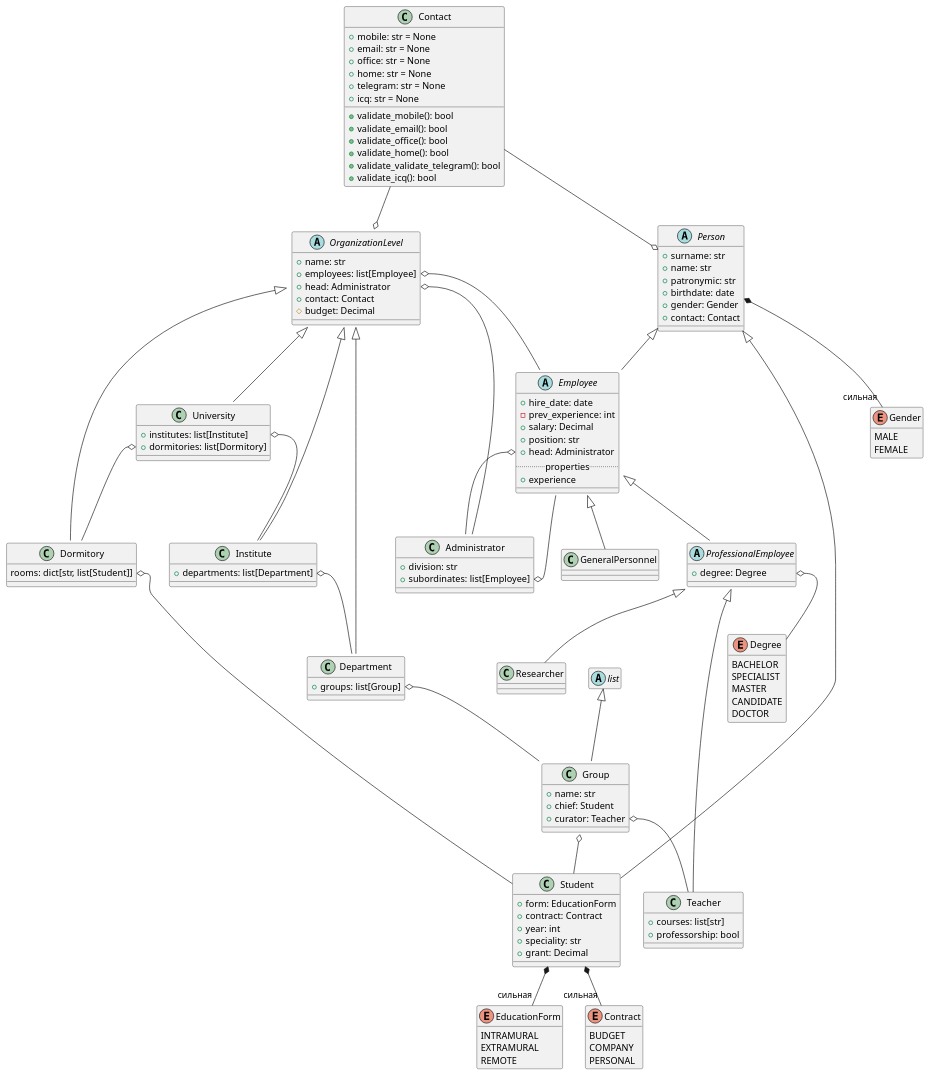
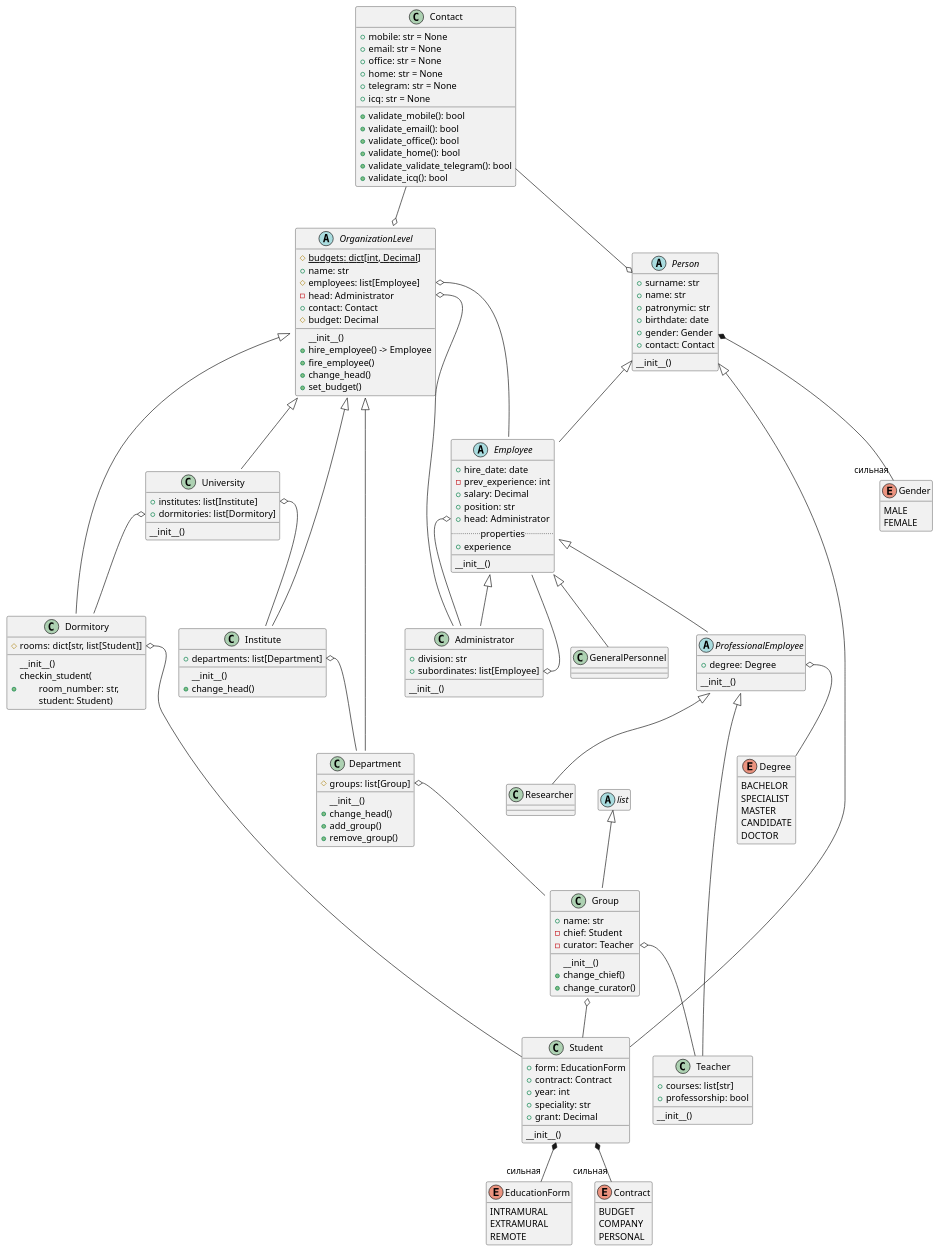
One commit to TOP-Python224/_scripts changed the diagram in oop/university.puml. Above: the diagram before and after it, drawn with PlantUML. The commit also changed 1 other file, not shown here.

```diff
--- a/oop/university.puml
+++ b/oop/university.puml
@@ -1,167 +1,192 @@
 @startuml
 
 hide enum empty members
 
 enum Gender {
     MALE
     FEMALE
 }
 enum EducationForm {
     INTRAMURAL
     EXTRAMURAL
     REMOTE
 }
 enum Contract {
     BUDGET
     COMPANY
     PERSONAL
 }
 enum Degree {
     BACHELOR
     SPECIALIST
     MASTER
     CANDIDATE
     DOCTOR
 }
 
 
 class Contact {
     +mobile: str = None
     +email: str = None
     +office: str = None
     +home: str = None
     +telegram: str = None
     +icq: str = None
     +validate_mobile(): bool
     +validate_email(): bool
     +validate_office(): bool
     +validate_home(): bool
     +validate_validate_telegram(): bool
     +validate_icq(): bool
 }
 Contact --o Person
 Contact --o OrganizationLevel
 
 
 abstract class OrganizationLevel {
+    {static} #budgets: dict[int, Decimal]
     +name: str
-    +employees: list[Employee]
-    +head: Administrator
+    #employees: list[Employee]
+    -head: Administrator
     +contact: Contact
     #budget: Decimal
+    __init__()
+    +hire_employee() -> Employee
+    +fire_employee()
+    +change_head()
+    +set_budget()
 }
 OrganizationLevel <|-- University
 OrganizationLevel <|-- Institute
 OrganizationLevel <|-- Dormitory
 OrganizationLevel <|-- Department
 OrganizationLevel::head o-- Administrator
 OrganizationLevel::employees o-- Employee
 
 
 class University {
     +institutes: list[Institute]
     +dormitories: list[Dormitory]
+    __init__()
 }
 University::institutes o-- Institute
 University::dormitories o-- Dormitory
 
 
 class Institute {
     +departments: list[Department]
+    __init__()
+    +change_head()
 }
 Institute::departments o-- Department
 
 
 class Dormitory {
-    rooms: dict[str, list[Student]]
+    #rooms: dict[str, list[Student]]
+    __init__()
+    +checkin_student(\n\troom_number: str, \n\tstudent: Student)
 }
 Dormitory::rooms o-- Student
 
 
 class Department {
-    +groups: list[Group]
+    #groups: list[Group]
+    __init__()
+    +change_head()
+    +add_group()
+    +remove_group()
 }
 Department::groups o-- Group
 
 
 abstract class list
 hide list empty members
 list <|-- Group
 
 
 class Group {
     +name: str
-    +chief: Student
-    +curator: Teacher
+    -chief: Student
+    -curator: Teacher
+    __init__()
+    +change_chief()
+    +change_curator()
 }
 Group o-- Student
 Group::curator o-- Teacher
 
 
 class Student {
     +form: EducationForm
     +contract: Contract
     +year: int
     +speciality: str
     +grant: Decimal
+    __init__()
 }
 Student *-- "сильная" EducationForm
 Student *-- "сильная" Contract
 
 
 class Teacher {
     +courses: list[str]
     +professorship: bool
+    __init__()
 }
 
 
 class Researcher
 
 
 abstract class ProfessionalEmployee {
     +degree: Degree
+    __init__()
 }
 ProfessionalEmployee <|-- Teacher
 ProfessionalEmployee <|-- Researcher
 ProfessionalEmployee::degree o-- Degree
 
 
 class Administrator {
     +division: str
     +subordinates: list[Employee]
+    __init__()
 }
 Administrator::subordinates o-- Employee
 
 
 class GeneralPersonnel
 
 
 abstract class Employee {
     +hire_date: date
     -prev_experience: int
     +salary: Decimal
     +position: str
     +head: Administrator
     .. properties ..
     +experience
     __
+    __init__()
 }
 Employee <|-- GeneralPersonnel
+Employee <|-- Administrator
 Employee <|-- ProfessionalEmployee
 Employee::head o-- Administrator
 
 
 abstract class Person {
     +surname: str
     +name: str
     +patronymic: str
     +birthdate: date
     +gender: Gender
     +contact: Contact
+    __init__()
 }
 Person <|-- Student
 Person <|-- Employee
 Person *-- "сильная" Gender
 
 
 @enduml
```
